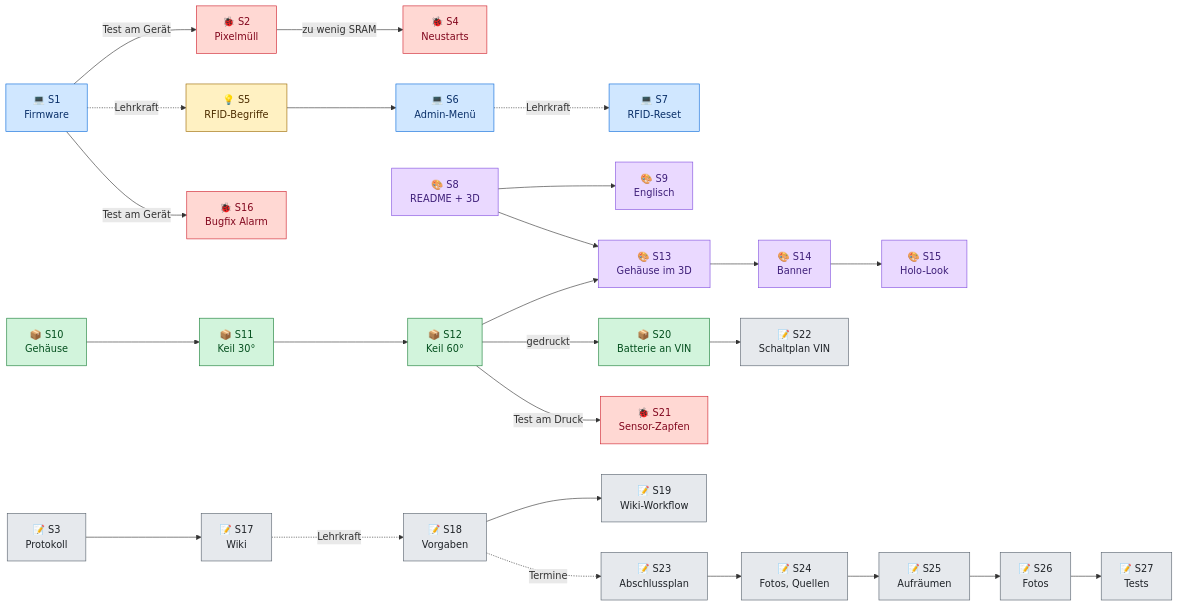
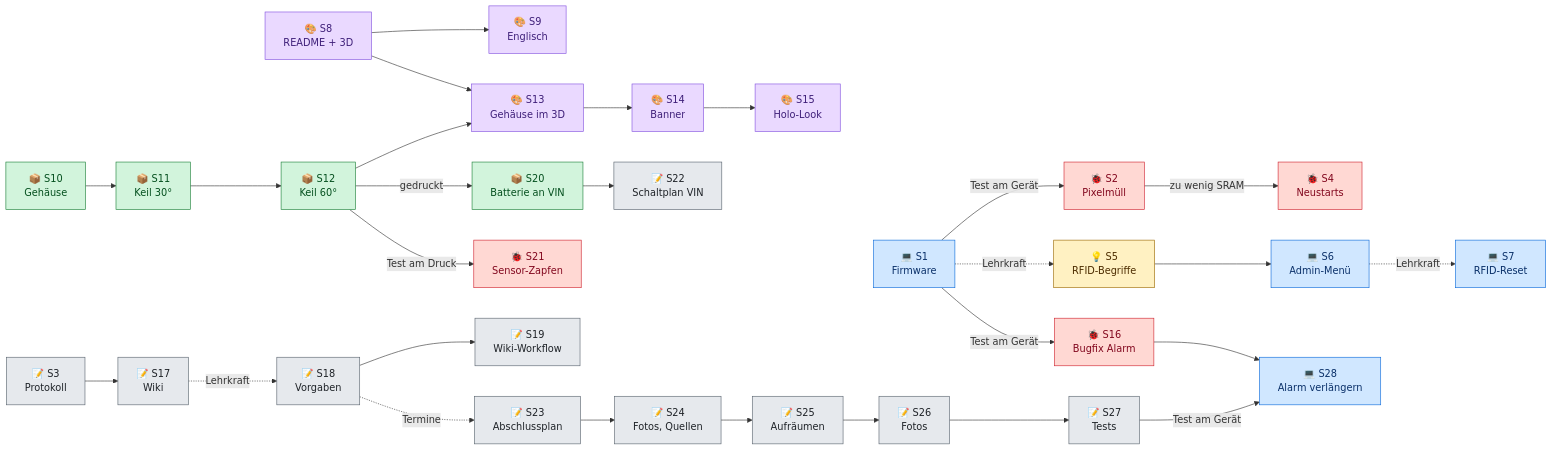
Before and after one commit to BBZ-AIFS51/LF7-Projekt_GAS: the second of 3 diagrams in wiki/Entwicklungsverlauf.md, drawn with Mermaid. The commit also changed other lines of this file and 12 other files, not shown here.

````diff
--- a/wiki/Entwicklungsverlauf.md
+++ b/wiki/Entwicklungsverlauf.md
@@ -66,60 +67,63 @@
 ```mermaid
 flowchart LR
     P1["💻 S1<br/>Firmware"]
     P2["🐞 S2<br/>Pixelmüll"]
     P3["📝 S3<br/>Protokoll"]
     P4["🐞 S4<br/>Neustarts"]
     P5["💡 S5<br/>RFID-Begriffe"]
     P6["💻 S6<br/>Admin-Menü"]
     P7["💻 S7<br/>RFID-Reset"]
     P8["🎨 S8<br/>README + 3D"]
     P9["🎨 S9<br/>Englisch"]
     P10["📦 S10<br/>Gehäuse"]
     P11["📦 S11<br/>Keil 30°"]
     P12["📦 S12<br/>Keil 60°"]
     P13["🎨 S13<br/>Gehäuse im 3D"]
     P14["🎨 S14<br/>Banner"]
     P15["🎨 S15<br/>Holo-Look"]
     P16["🐞 S16<br/>Bugfix Alarm"]
     P17["📝 S17<br/>Wiki"]
     P18["📝 S18<br/>Vorgaben"]
     P19["📝 S19<br/>Wiki-Workflow"]
     P20["📦 S20<br/>Batterie an VIN"]
     P21["🐞 S21<br/>Sensor-Zapfen"]
     P22["📝 S22<br/>Schaltplan VIN"]
     P23["📝 S23<br/>Abschlussplan"]
     P24["📝 S24<br/>Fotos, Quellen"]
     P25["📝 S25<br/>Aufräumen"]
     P26["📝 S26<br/>Fotos"]
     P27["📝 S27<br/>Tests"]
+    P28["💻 S28<br/>Alarm verlängern"]
 
     P1 -- "Test am Gerät" --> P2 -- "zu wenig SRAM" --> P4
     P1 -. "Lehrkraft" .-> P5 --> P6
     P6 -. "Lehrkraft" .-> P7
     P1 -- "Test am Gerät" --> P16
     P8 --> P9
     P8 --> P13
     P10 --> P11 --> P12 --> P13
     P12 -- "gedruckt" --> P20
     P12 -- "Test am Druck" --> P21
     P20 --> P22
     P13 --> P14 --> P15
     P3 --> P17
     P17 -. "Lehrkraft" .-> P18
     P18 --> P19
     P18 -. "Termine" .-> P23
     P23 --> P24 --> P25 --> P26 --> P27
+    P16 --> P28
+    P27 -- "Test am Gerät" --> P28
 
     classDef fw fill:#d0e7ff,stroke:#0969da,color:#0a3069
     classDef bug fill:#ffd8d3,stroke:#cf222e,color:#82071e
     classDef info fill:#fff1c2,stroke:#9a6700,color:#4d2d00
     classDef vis fill:#ead9ff,stroke:#8250df,color:#3e1f79
     classDef box fill:#d2f4dc,stroke:#1a7f37,color:#044f1e
     classDef doc fill:#e6e9ed,stroke:#59636e,color:#1f2328
-    class P1,P6,P7 fw
+    class P1,P6,P7,P28 fw
     class P2,P4,P16,P21 bug
     class P5 info
     class P8,P9,P13,P14,P15 vis
     class P10,P11,P12,P20 box
     class P3,P17,P18,P19,P22,P23,P24,P25,P26,P27 doc
 ```
````
